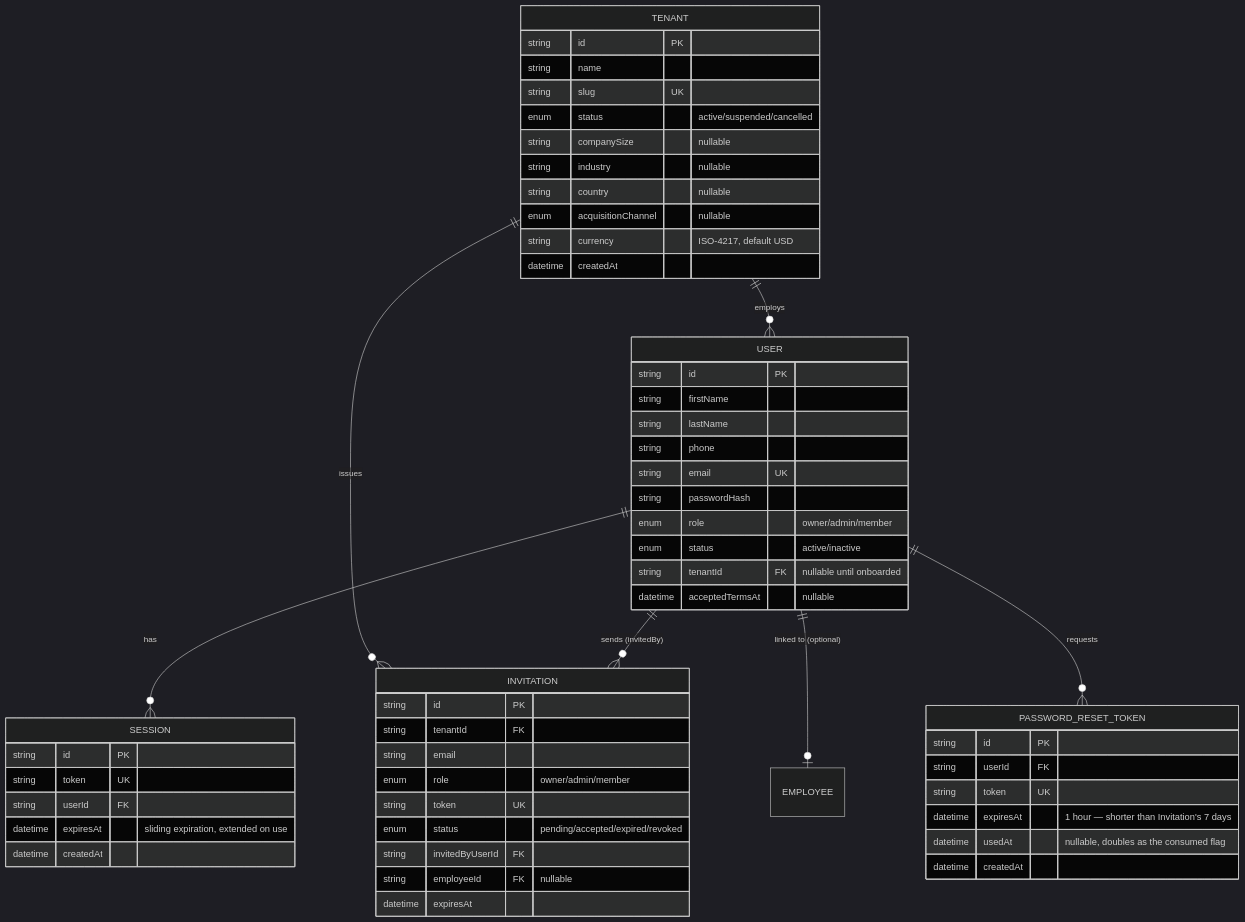
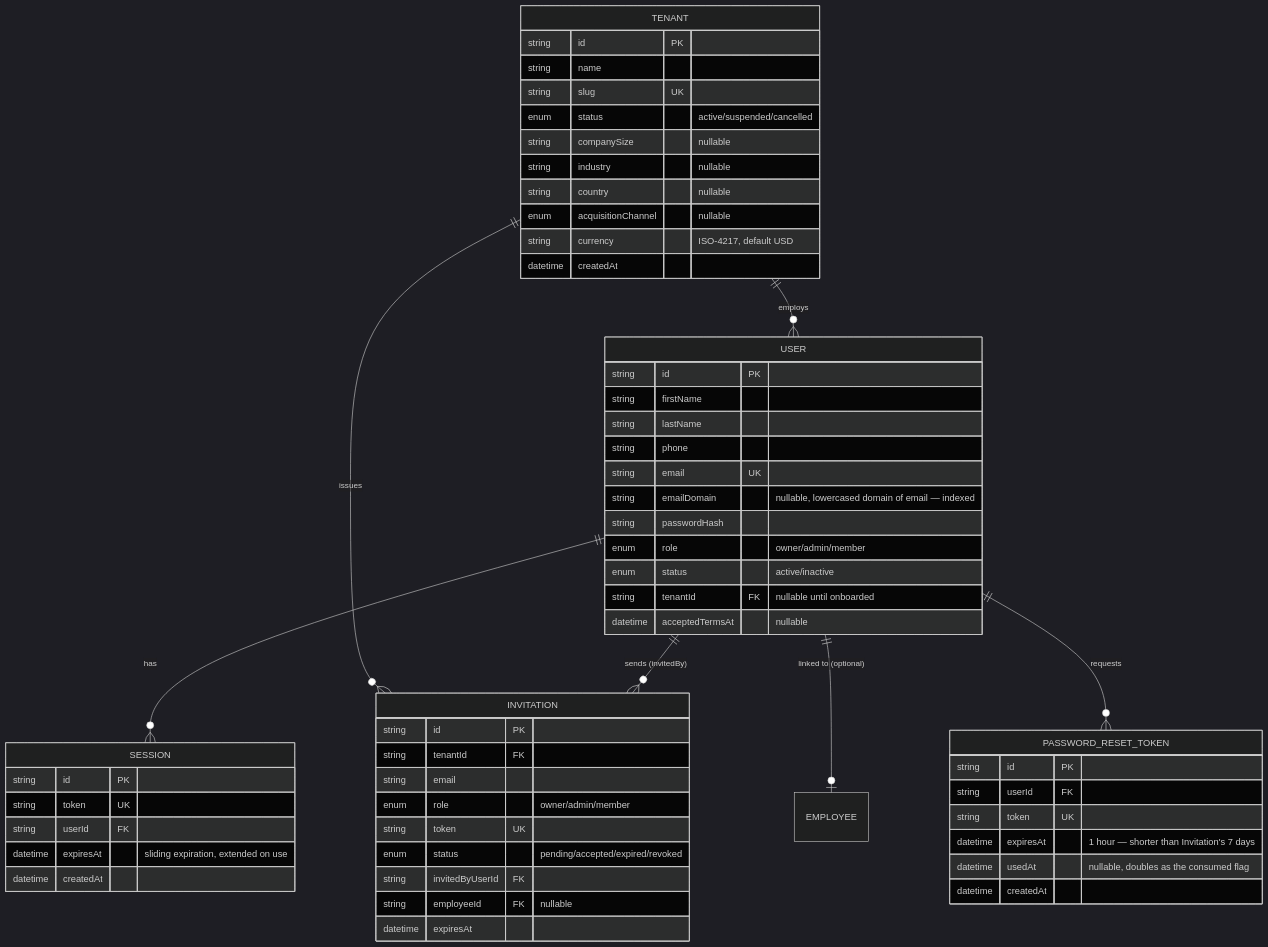
Before and after one commit to ABravo2025/northstack: the first of 8 diagrams in docs/general/database-schema.md, drawn with Mermaid (dark theme). The commit also changed other lines of this file and 20 other files, not shown here.

````diff
--- a/docs/general/database-schema.md
+++ b/docs/general/database-schema.md
@@ -22,60 +22,61 @@
 ```mermaid
 erDiagram
     TENANT ||--o{ USER : "employs"
     TENANT ||--o{ INVITATION : "issues"
     USER ||--o{ SESSION : "has"
     USER ||--o{ INVITATION : "sends (invitedBy)"
     USER ||--o| EMPLOYEE : "linked to (optional)"
     USER ||--o{ PASSWORD_RESET_TOKEN : "requests"
 
     TENANT {
         string id PK
         string name
         string slug UK
         enum status "active/suspended/cancelled"
         string companySize "nullable"
         string industry "nullable"
         string country "nullable"
         enum acquisitionChannel "nullable"
         string currency "ISO-4217, default USD"
         datetime createdAt
     }
     USER {
         string id PK
         string firstName
         string lastName
         string phone
         string email UK
+        string emailDomain "nullable, lowercased domain of email — indexed"
         string passwordHash
         enum role "owner/admin/member"
         enum status "active/inactive"
         string tenantId FK "nullable until onboarded"
         datetime acceptedTermsAt "nullable"
     }
     SESSION {
         string id PK
         string token UK
         string userId FK
         datetime expiresAt "sliding expiration, extended on use"
         datetime createdAt
     }
     INVITATION {
         string id PK
         string tenantId FK
         string email
         enum role "owner/admin/member"
         string token UK
         enum status "pending/accepted/expired/revoked"
         string invitedByUserId FK
         string employeeId FK "nullable"
         datetime expiresAt
     }
     PASSWORD_RESET_TOKEN {
         string id PK
         string userId FK
         string token UK
         datetime expiresAt "1 hour — shorter than Invitation's 7 days"
         datetime usedAt "nullable, doubles as the consumed flag"
         datetime createdAt
     }
 ```
````
